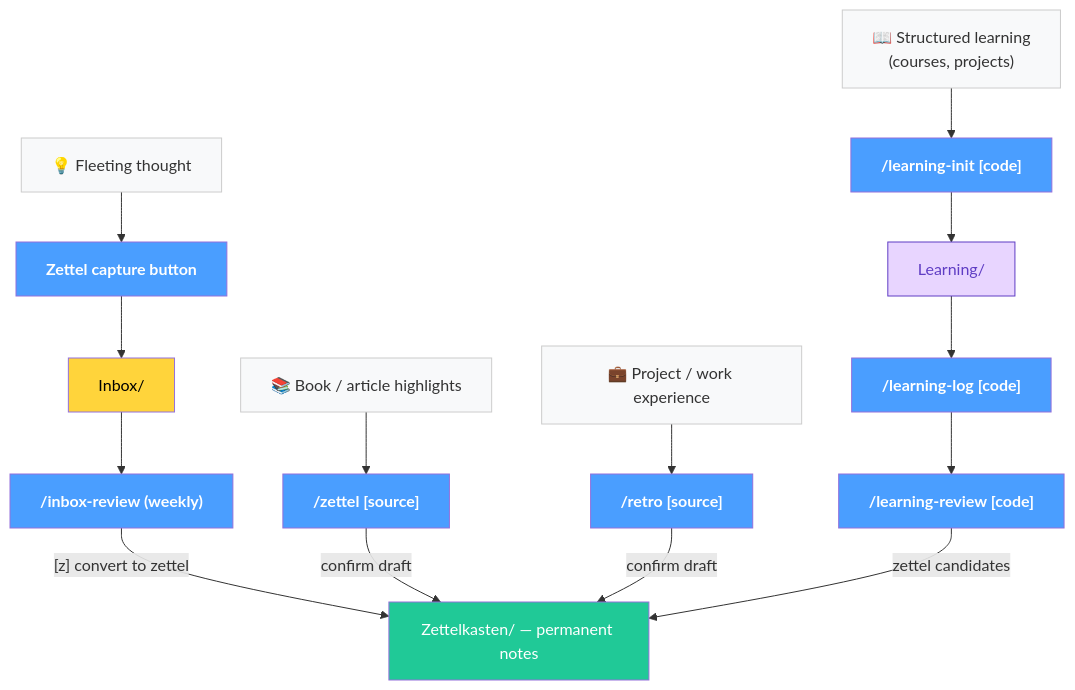
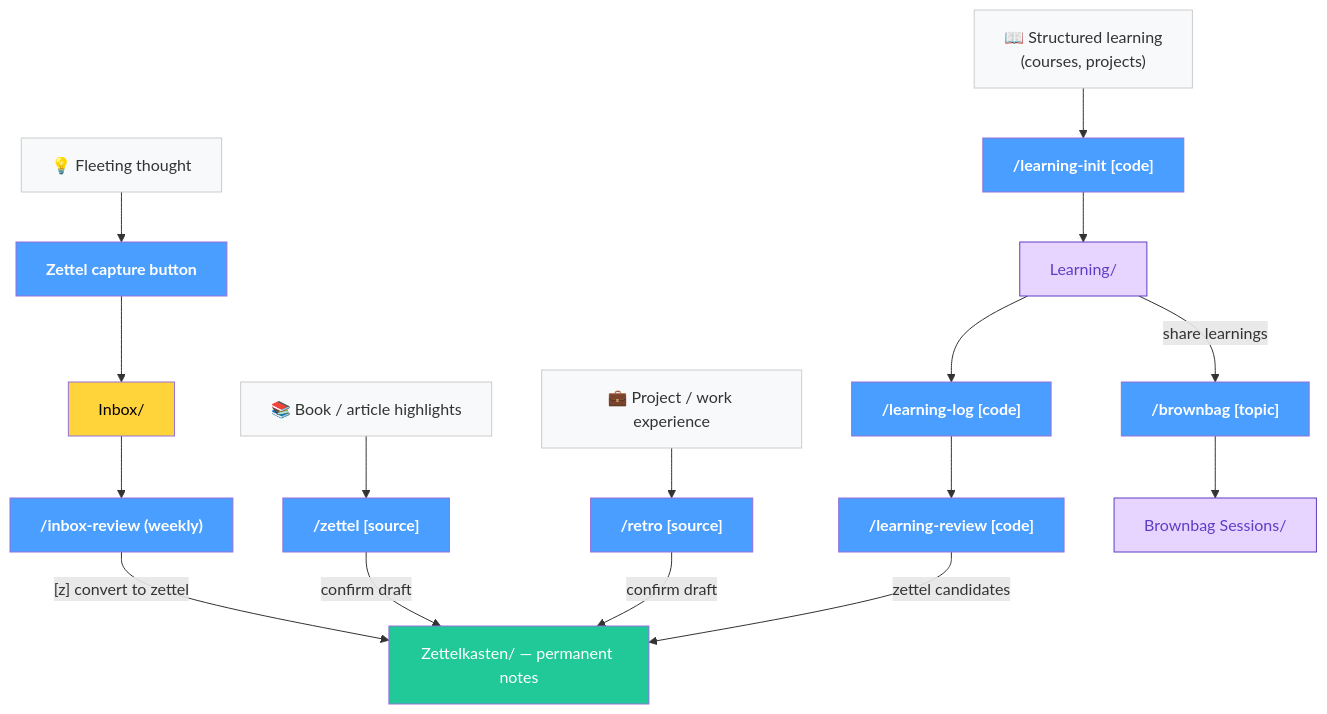
Before and after one commit to yepengfan/obsidian-workflow: the third of 4 diagrams in README.md, drawn with Mermaid. The commit also changed other lines of this file and 4 other files, not shown here.

````diff
--- a/README.md
+++ b/README.md
@@ -131,36 +131,39 @@
 ```mermaid
 flowchart TD
     classDef cmd fill:#4a9eff,color:#fff,font-weight:bold
     classDef store fill:#20c997,color:#fff
     classDef inbox fill:#ffd43b,color:#000
     classDef source fill:#f8f9fa,color:#333,stroke:#ccc
     classDef plan fill:#e8d5ff,color:#5f3dc4,stroke:#5f3dc4
 
     THOUGHT["💡 Fleeting thought"]:::source
     BOOK["📚 Book / article highlights"]:::source
     WORK_EXP["💼 Project / work experience"]:::source
     COURSE["📖 Structured learning<br/>(courses, projects)"]:::source
 
     BTN["Zettel capture button"]:::cmd
     INBOX["Inbox/"]:::inbox
     IR["/inbox-review (weekly)"]:::cmd
     ZT["/zettel [source]"]:::cmd
     RT["/retro [source]"]:::cmd
     LI["/learning-init [code]"]:::cmd
     LL["/learning-log [code]"]:::cmd
     LR["/learning-review [code]"]:::cmd
+    BB["/brownbag [topic]"]:::cmd
 
     PLAN["Learning/"]:::plan
+    BBS["Brownbag Sessions/"]:::plan
     ZK["Zettelkasten/ — permanent notes"]:::store
 
     THOUGHT --> BTN --> INBOX --> IR
     BOOK --> ZT
     WORK_EXP --> RT
     COURSE --> LI --> PLAN
     PLAN --> LL --> LR
+    PLAN -->|"share learnings"| BB --> BBS
 
     IR -->|"[z] convert to zettel"| ZK
     ZT -->|"confirm draft"| ZK
     RT -->|"confirm draft"| ZK
     LR -->|"zettel candidates"| ZK
 ```
````
